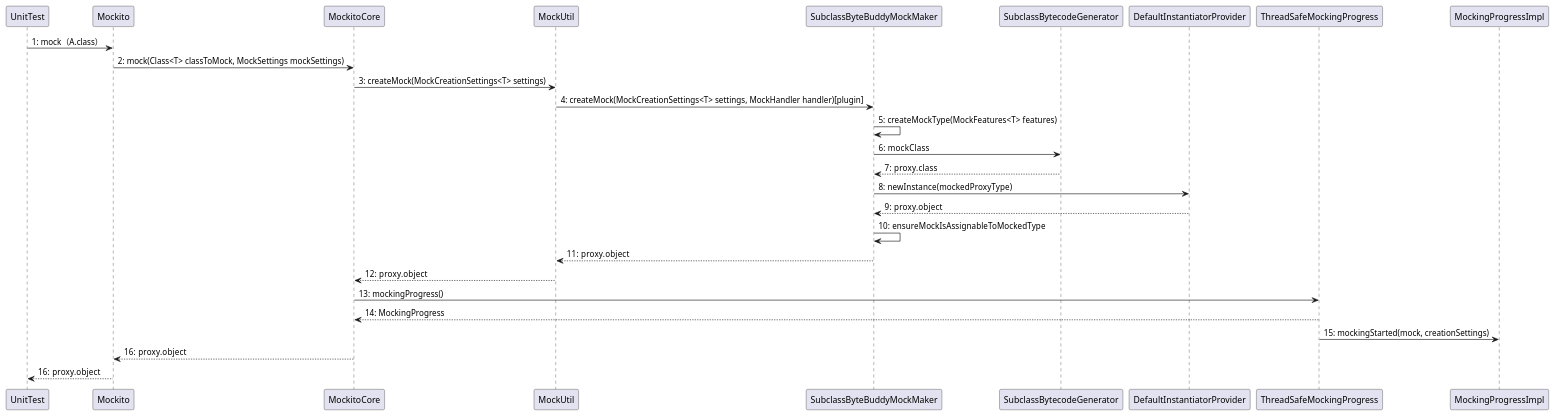
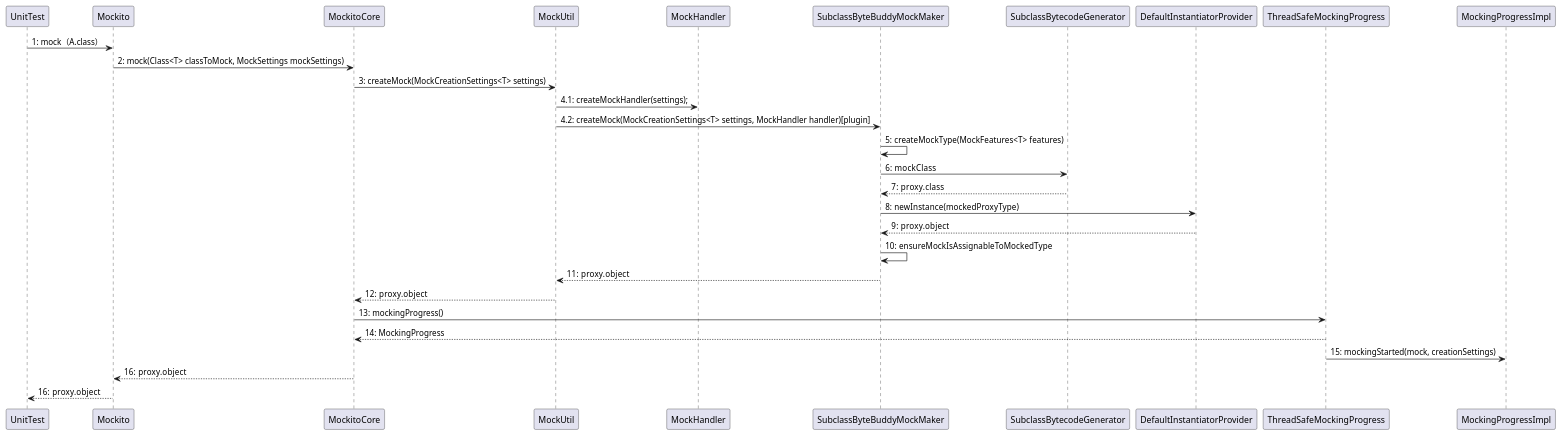
Before and after one commit to apaqi/mockito: the diagram in mock.puml, drawn with PlantUML. The commit also changed 7 other files, not shown here.

```diff
--- a/mock.puml
+++ b/mock.puml
@@ -1,22 +1,23 @@
 @startuml
 UnitTest -> Mockito: 1: mock（A.class）
 Mockito -> MockitoCore: 2: mock(Class<T> classToMock, MockSettings mockSettings)
 MockitoCore-> MockUtil: 3: createMock(MockCreationSettings<T> settings)
-MockUtil-> SubclassByteBuddyMockMaker: 4: createMock(MockCreationSettings<T> settings, MockHandler handler)[plugin]
+MockUtil-> MockHandler: 4.1: createMockHandler(settings);
+MockUtil-> SubclassByteBuddyMockMaker: 4.2: createMock(MockCreationSettings<T> settings, MockHandler handler)[plugin]
 SubclassByteBuddyMockMaker-> SubclassByteBuddyMockMaker: 5:  createMockType(MockFeatures<T> features)
 SubclassByteBuddyMockMaker->  SubclassBytecodeGenerator: 6:  mockClass
 SubclassByteBuddyMockMaker<--  SubclassBytecodeGenerator: 7:  proxy.class
 SubclassByteBuddyMockMaker-> DefaultInstantiatorProvider: 8:  newInstance(mockedProxyType)
 SubclassByteBuddyMockMaker<--  DefaultInstantiatorProvider: 9:  proxy.object
 SubclassByteBuddyMockMaker-> SubclassByteBuddyMockMaker: 10:  ensureMockIsAssignableToMockedType
 MockUtil<--  SubclassByteBuddyMockMaker: 11:  proxy.object
 MockitoCore<--  MockUtil: 12:  proxy.object
 MockitoCore->  ThreadSafeMockingProgress: 13: mockingProgress()
 MockitoCore<--   ThreadSafeMockingProgress: 14: MockingProgress
 ThreadSafeMockingProgress->   MockingProgressImpl: 15: mockingStarted(mock, creationSettings)
 Mockito<--   MockitoCore: 16:  proxy.object
 UnitTest<--   Mockito: 16:  proxy.object
 
 
 
 @enduml
```
